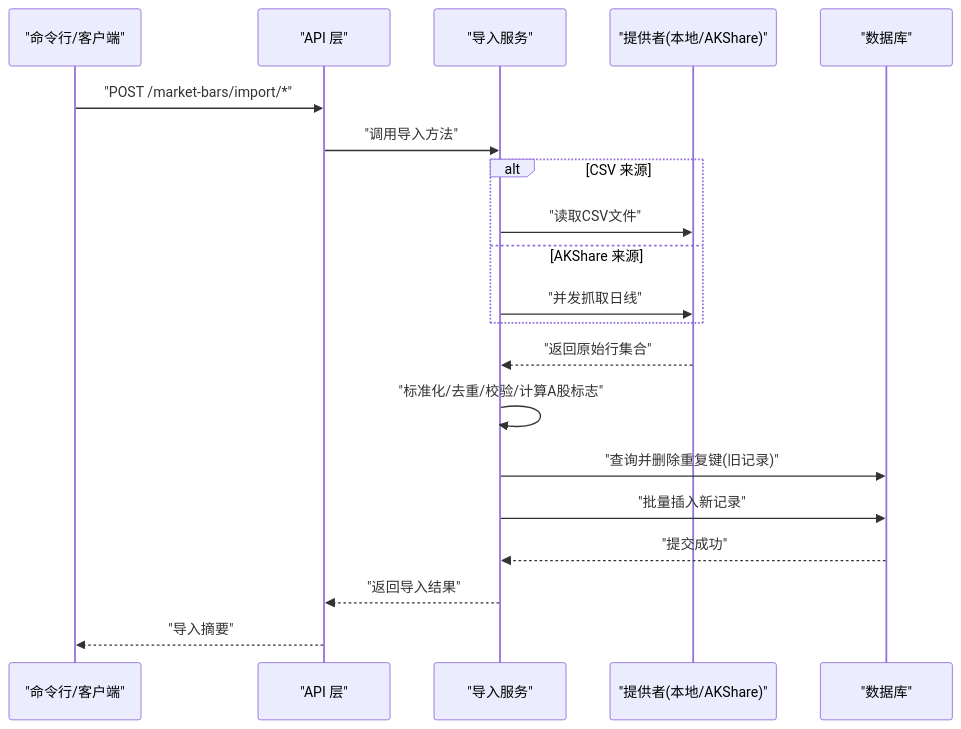
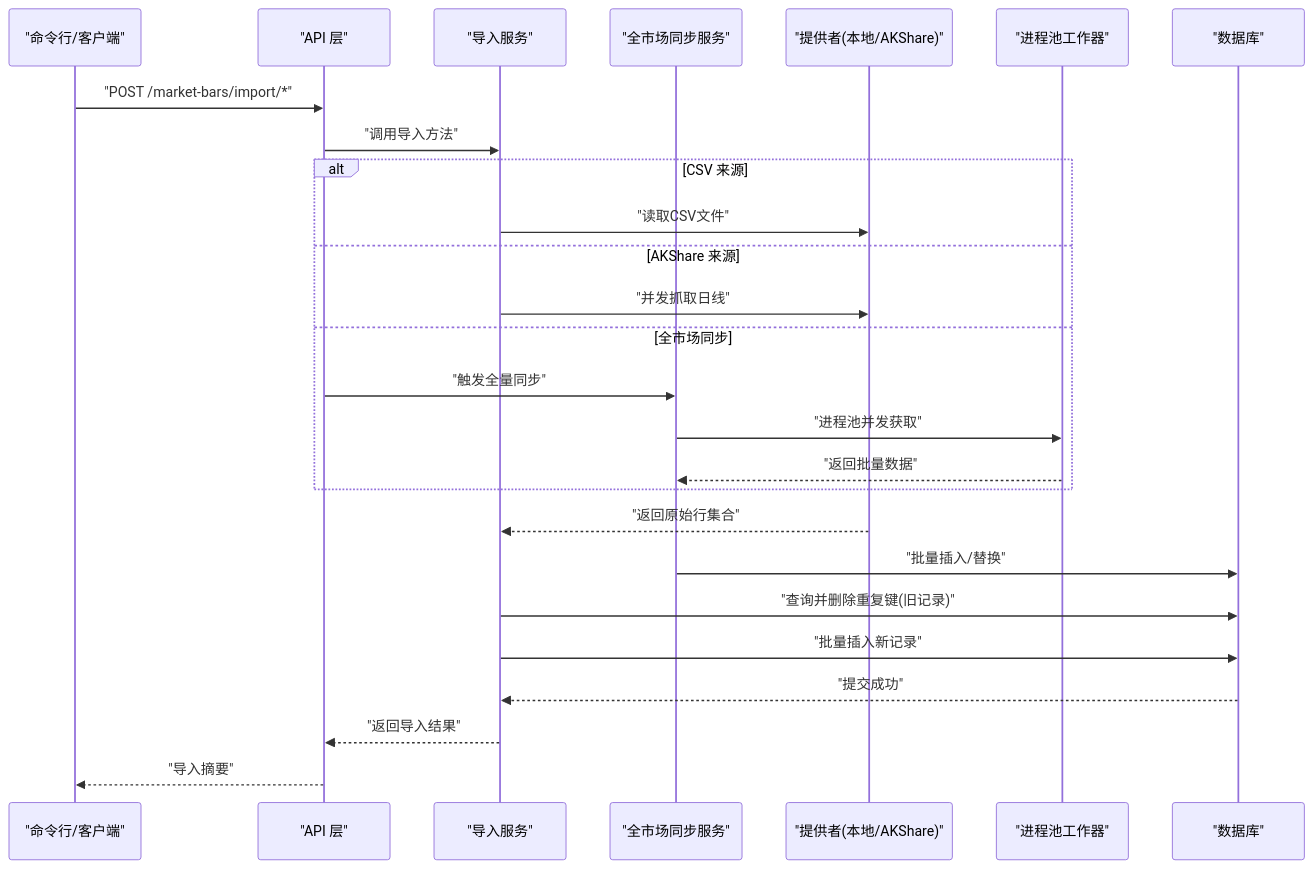
Before and after one commit to javelin-dot/llmine-quant: the second of 9 diagrams in .qoder/repowiki/zh/content/核心功能模块/数据管理/市场数据导入.md, drawn with Mermaid. The commit also changed other lines of this file and 19 other files, not shown here.

````diff
--- a/.qoder/repowiki/zh/content/核心功能模块/数据管理/市场数据导入.md
+++ b/.qoder/repowiki/zh/content/核心功能模块/数据管理/市场数据导入.md
@@ -120,22 +156,28 @@
 ```mermaid
 sequenceDiagram
 participant CLI as "命令行/客户端"
 participant API as "API 层"
 participant Svc as "导入服务"
+participant FullSync as "全市场同步服务"
 participant Prov as "提供者(本地/AKShare)"
+participant Worker as "进程池工作器"
 participant DB as "数据库"
 CLI->>API : "POST /market-bars/import/*"
 API->>Svc : "调用导入方法"
 alt CSV 来源
 Svc->>Prov : "读取CSV文件"
 else AKShare 来源
 Svc->>Prov : "并发抓取日线"
+else 全市场同步
+API->>FullSync : "触发全量同步"
+FullSync->>Worker : "进程池并发获取"
+Worker-->>FullSync : "返回批量数据"
 end
 Prov-->>Svc : "返回原始行集合"
-Svc->>Svc : "标准化/去重/校验/计算A股标志"
+FullSync->>DB : "批量插入/替换"
 Svc->>DB : "查询并删除重复键(旧记录)"
 Svc->>DB : "批量插入新记录"
 DB-->>Svc : "提交成功"
 Svc-->>API : "返回导入结果"
 API-->>CLI : "导入摘要"
 ```
````
